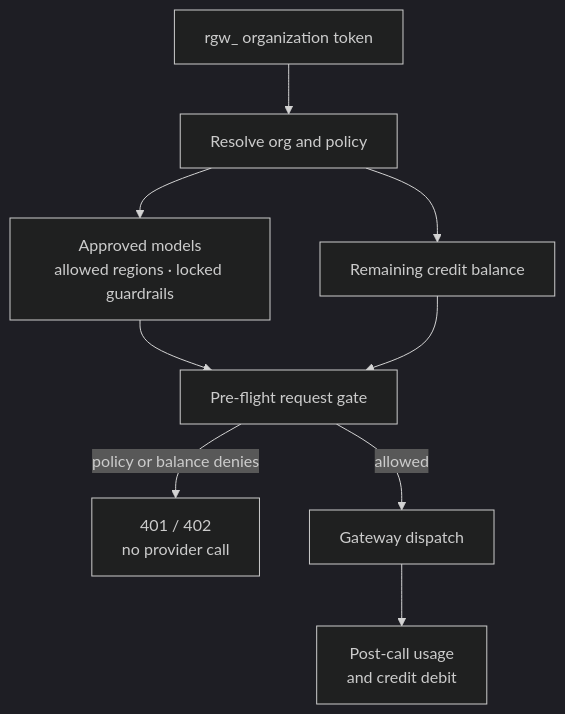
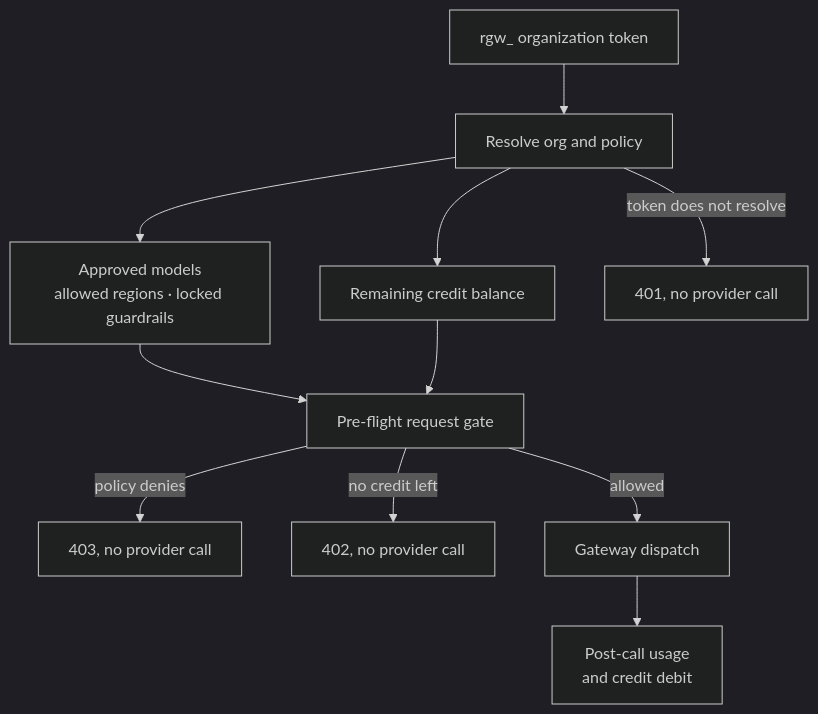
The second of 2 diagrams in content/docs/gateway/managed-data-plane.mdx (amajorai/ryu-docs), drawn with Mermaid (dark theme) before and after one commit. The commit also changed other lines of this file and 2642 other files, not shown here.

````diff
--- a/content/docs/gateway/managed-data-plane.mdx
+++ b/content/docs/gateway/managed-data-plane.mdx
@@ -59,11 +98,13 @@
 ```mermaid
 flowchart TD
   TOKEN["rgw_ organization token"] --> RESOLVE["Resolve org and policy"]
   RESOLVE --> POLICY["Approved models\nallowed regions · locked guardrails"]
   RESOLVE --> BALANCE["Remaining credit balance"]
   POLICY --> GATE["Pre-flight request gate"]
   BALANCE --> GATE
-  GATE -->|"policy or balance denies"| ERROR["401 / 402\nno provider call"]
+  RESOLVE -->|"token does not resolve"| UNAUTH["401, no provider call"]
+  GATE -->|"policy denies"| DENY["403, no provider call"]
+  GATE -->|"no credit left"| NOCREDIT["402, no provider call"]
   GATE -->|"allowed"| DISPATCH["Gateway dispatch"]
   DISPATCH --> DEBIT["Post-call usage\nand credit debit"]
 ```
````
